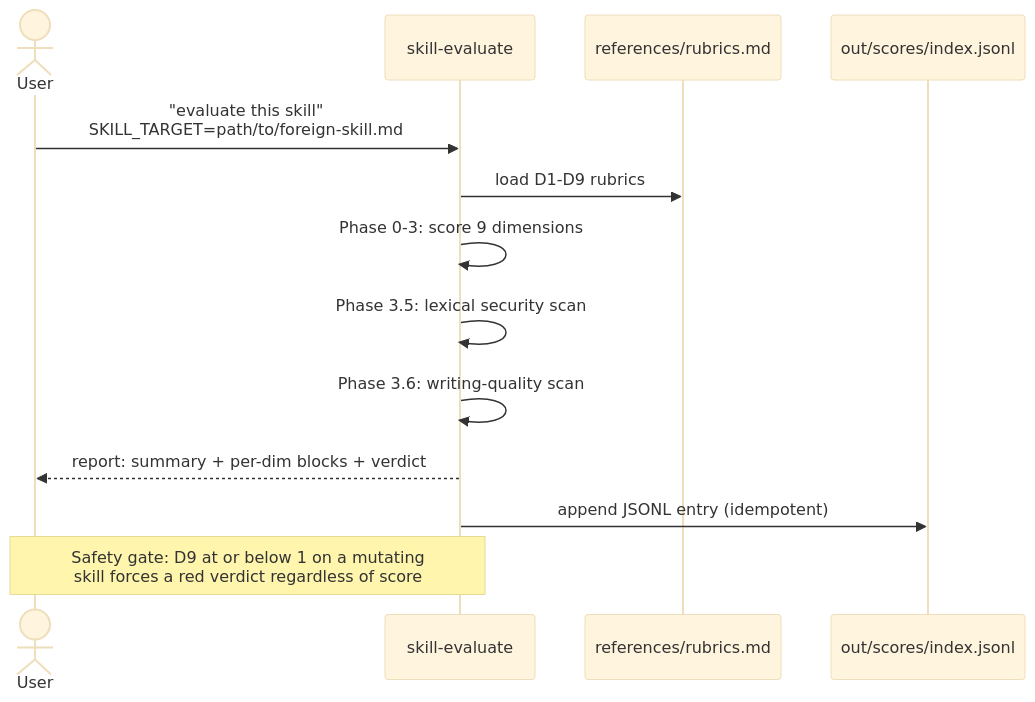
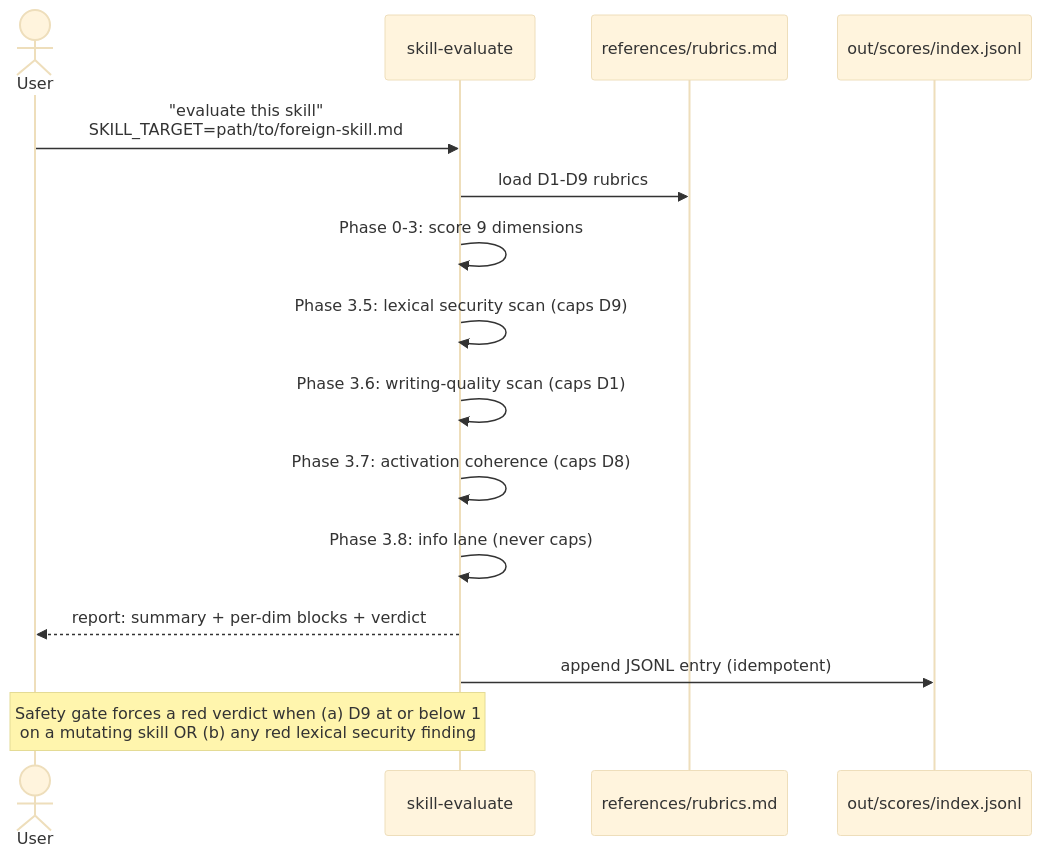
One commit to artemrudenko/skill-governance-toolkit changed the third of 9 diagrams in docs/user-guide.md. Above: the diagram before and after it, drawn with Mermaid (base theme). The commit also changed other lines of this file and 1 other file, not shown here.

````diff
--- a/docs/user-guide.md
+++ b/docs/user-guide.md
@@ -194,17 +116,19 @@
 ```mermaid
 sequenceDiagram
     actor U as User
     participant E as skill-evaluate
     participant R as references/rubrics.md
     participant J as out/scores/index.jsonl
 
     U->>E: "evaluate this skill"<br/>SKILL_TARGET=path/to/foreign-skill.md
     E->>R: load D1-D9 rubrics
     E->>E: Phase 0-3: score 9 dimensions
-    E->>E: Phase 3.5: lexical security scan
-    E->>E: Phase 3.6: writing-quality scan
+    E->>E: Phase 3.5: lexical security scan (caps D9)
+    E->>E: Phase 3.6: writing-quality scan (caps D1)
+    E->>E: Phase 3.7: activation coherence (caps D8)
+    E->>E: Phase 3.8: info lane (never caps)
     E-->>U: report: summary + per-dim blocks + verdict
     E->>J: append JSONL entry (idempotent)
 
-    Note over U,E: Safety gate: D9 at or below 1 on a mutating<br/>skill forces a red verdict regardless of score
+    Note over U,E: Safety gate forces a red verdict when (a) D9 at or below 1<br/>on a mutating skill OR (b) any red lexical security finding
 ```
````
